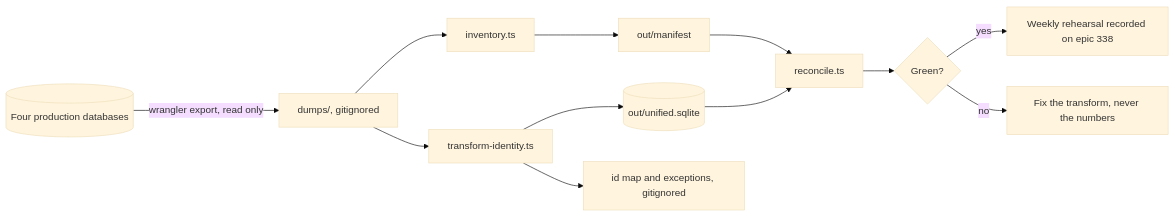
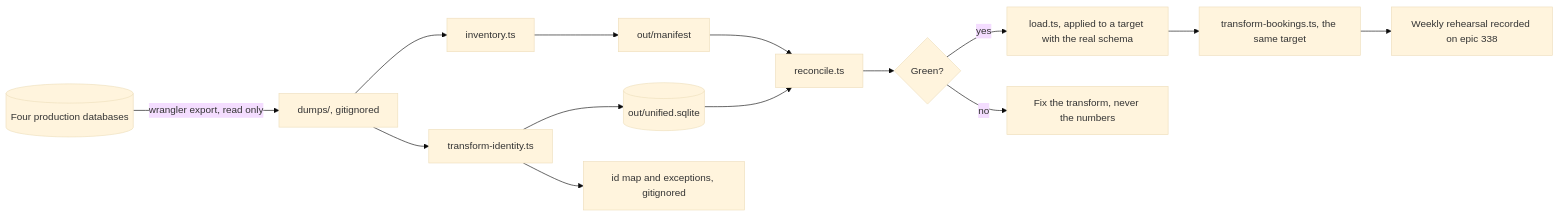
One commit to newtheatre/proscenium changed the diagram in migration/README.md. Above: the diagram before and after it, drawn with Mermaid (base theme). The commit also changed other lines of this file and 3 other files, not shown here.

````diff
--- a/migration/README.md
+++ b/migration/README.md
@@ -14,13 +14,15 @@
 ```mermaid
 flowchart LR
   P[(Four production databases)] -- wrangler export, read only --> D[dumps/, gitignored]
   D --> I[inventory.ts] --> M[out/manifest]
   D --> T[transform-identity.ts]
   T --> U[(out/unified.sqlite)]
   T --> X[id map and exceptions, gitignored]
   M --> R[reconcile.ts]
   U --> R
   R --> G{Green?}
-  G -- yes --> W[Weekly rehearsal recorded on epic 338]
+  G -- yes --> L[load.ts, applied to a target with the real schema]
+  L --> B[transform-bookings.ts, the same target]
+  B --> W[Weekly rehearsal recorded on epic 338]
   G -- no --> F[Fix the transform, never the numbers]
 ```
````
